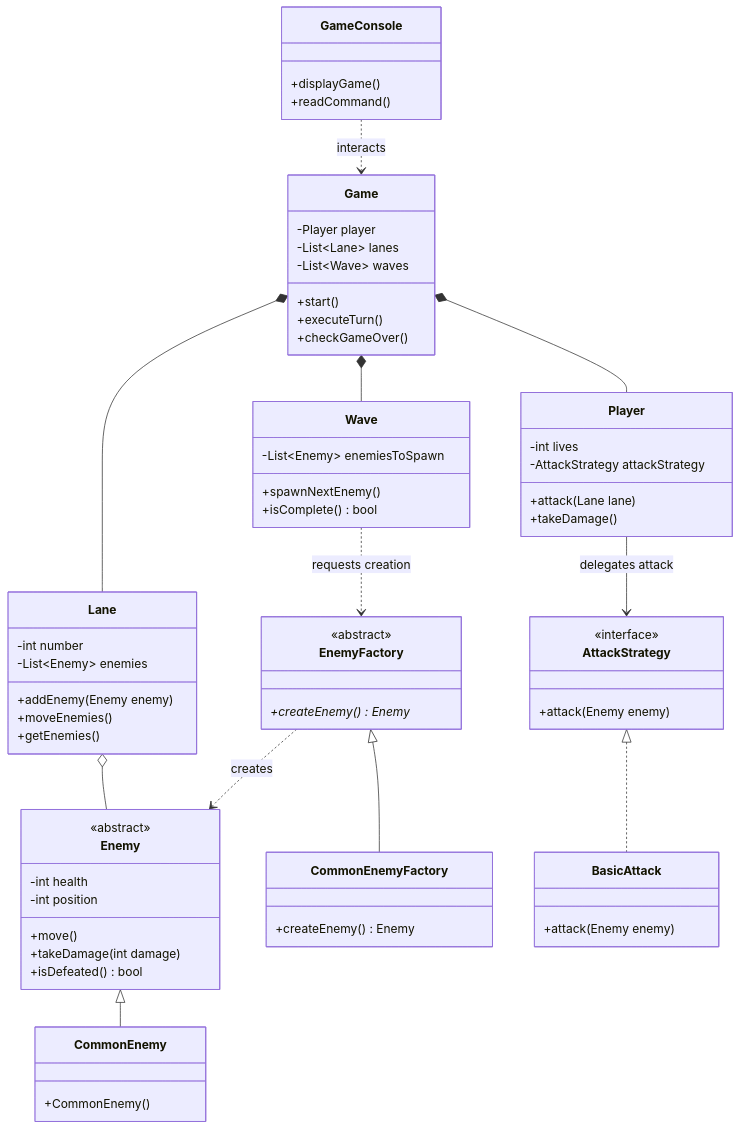
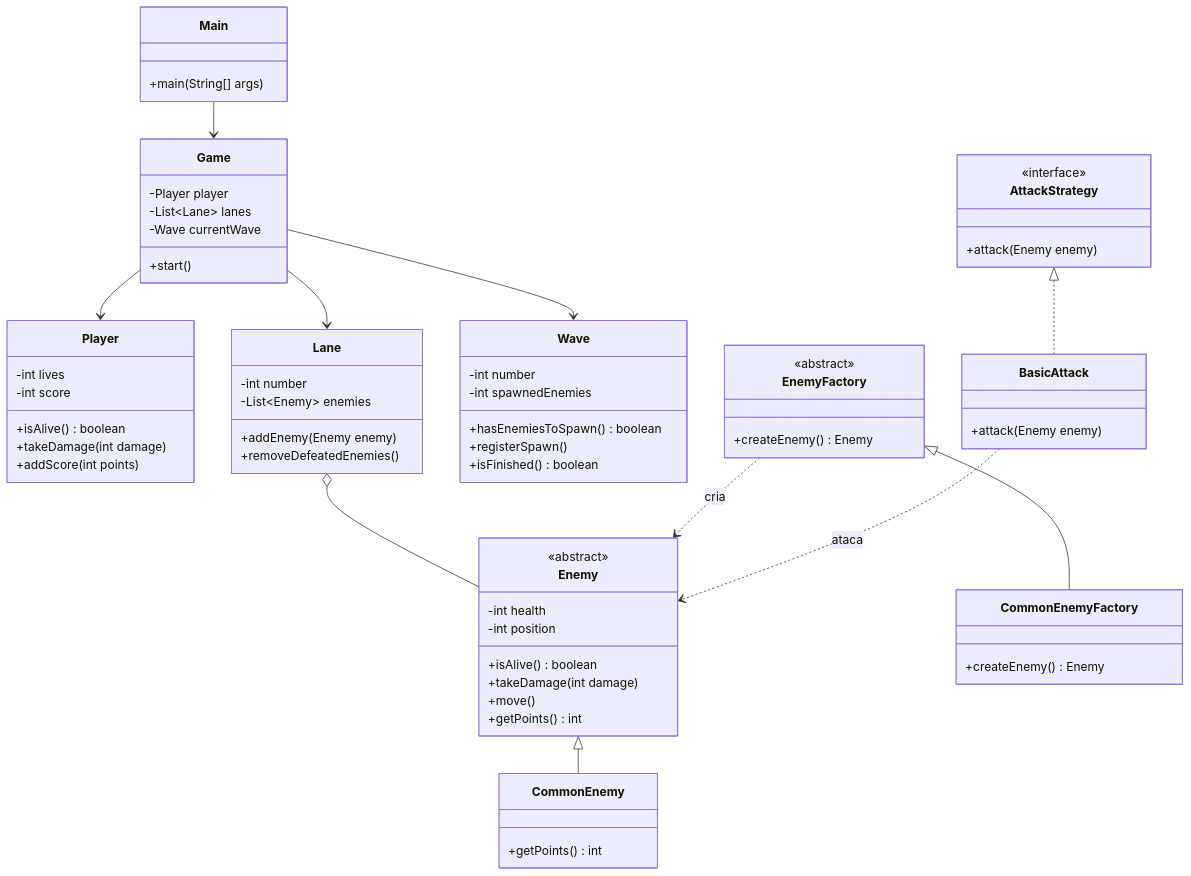
The first of 2 diagrams in README.md (gabrielesequeira/lane-based-combat-game), drawn with Mermaid before and after one commit. The commit also changed other lines of this file and 11 other files, not shown here.

````diff
--- a/README.md
+++ b/README.md
@@ -133,69 +34,79 @@
 ```mermaid
 classDiagram
+    class Main {
+        +main(String[] args)
+    }
+
     class Game {
         -Player player
         -List~Lane~ lanes
-        -List~Wave~ waves
+        -Wave currentWave
         +start()
-        +executeTurn()
-        +checkGameOver()
     }
+
     class Player {
         -int lives
-        -AttackStrategy attackStrategy
-        +attack(Lane lane)
-        +takeDamage()
+        -int score
+        +isAlive() boolean
+        +takeDamage(int damage)
+        +addScore(int points)
     }
+
     class Lane {
         -int number
         -List~Enemy~ enemies
         +addEnemy(Enemy enemy)
-        +moveEnemies()
-        +getEnemies()
+        +removeDefeatedEnemies()
     }
+
     class Enemy {
         <<abstract>>
         -int health
         -int position
+        +isAlive() boolean
+        +takeDamage(int damage)
         +move()
-        +takeDamage(int damage)
-        +isDefeated() bool
+        +getPoints() int
     }
+
     class CommonEnemy {
-        +CommonEnemy()
+        +getPoints() int
     }
+
     class Wave {
-        -List~Enemy~ enemiesToSpawn
-        +spawnNextEnemy()
-        +isComplete() bool
+        -int number
+        -int spawnedEnemies
+        +hasEnemiesToSpawn() boolean
+        +registerSpawn()
+        +isFinished() boolean
     }
+
     class EnemyFactory {
         <<abstract>>
-        +createEnemy()* Enemy
+        +createEnemy() Enemy
     }
+
     class CommonEnemyFactory {
         +createEnemy() Enemy
     }
+
     class AttackStrategy {
         <<interface>>
         +attack(Enemy enemy)
     }
+
     class BasicAttack {
         +attack(Enemy enemy)
     }
-    class GameConsole {
-        +displayGame()
-        +readCommand()
-    }
-    Game *-- Player
-    Game *-- Lane
-    Game *-- Wave
+
+    Main --> Game
+    Game --> Player
+    Game --> Lane
+    Game --> Wave
     Lane o-- Enemy
-    Wave ..> EnemyFactory : requests creation
     Enemy <|-- CommonEnemy
     EnemyFactory <|-- CommonEnemyFactory
-    EnemyFactory ..> Enemy : creates
-    Player --> AttackStrategy : delegates attack
+    EnemyFactory ..> Enemy : cria
     AttackStrategy <|.. BasicAttack
-    GameConsole ..> Game : interacts
+    BasicAttack ..> Enemy : ataca
 ```
````
